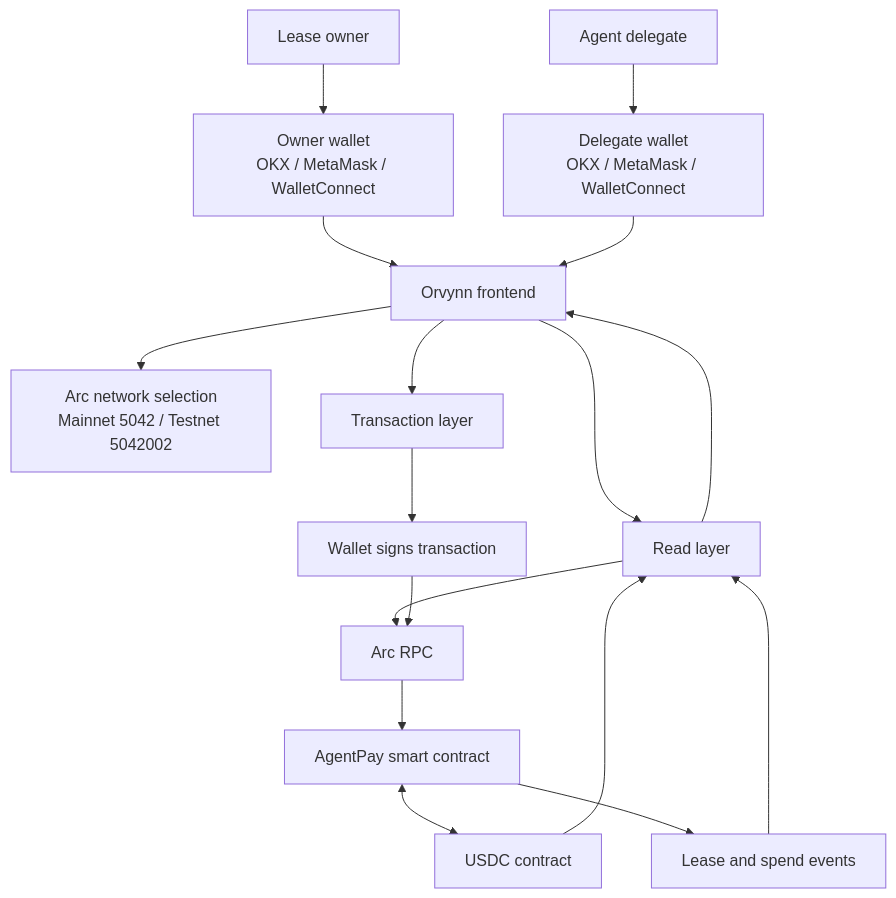
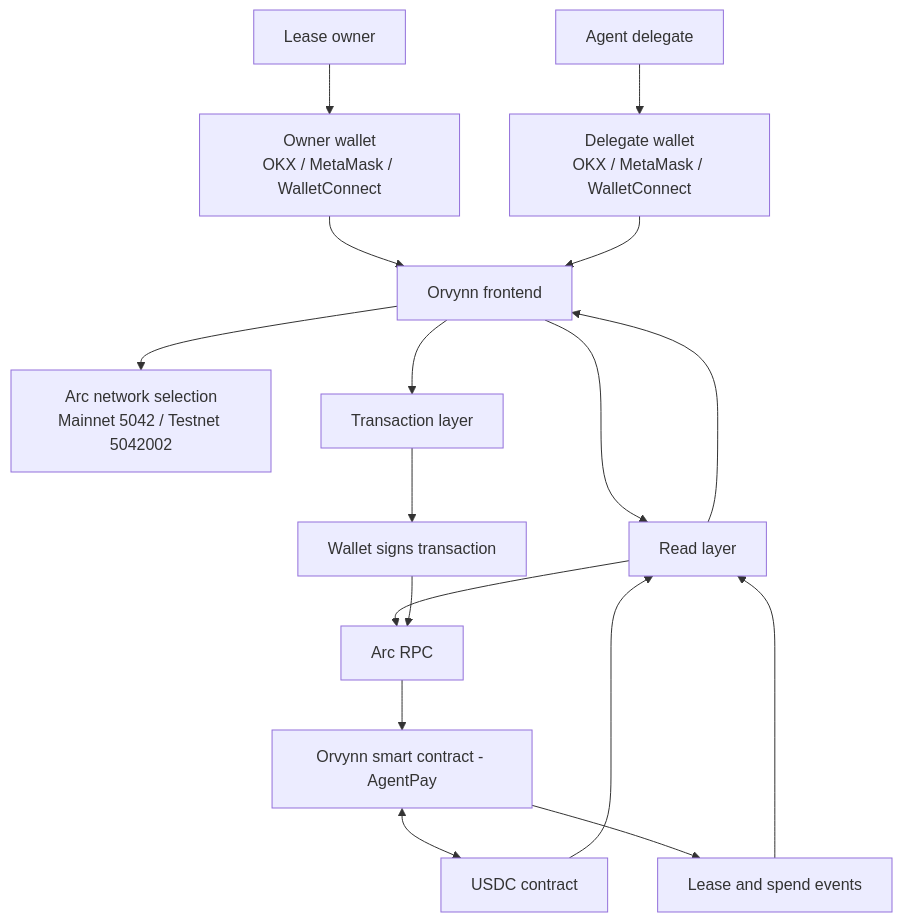
Before and after one commit to thisishaidee/Orvyn: the diagram in docs/architecture.md, drawn with Mermaid. The commit also changed other lines of this file and 15 other files, not shown here.

````diff
--- a/docs/architecture.md
+++ b/docs/architecture.md
@@ -7,19 +7,19 @@
 ```mermaid
 flowchart TD
     OWNER[Lease owner] --> WALLET[Owner wallet<br/>OKX / MetaMask / WalletConnect]
     DELEGATE[Agent delegate] --> WALLET_D[Delegate wallet<br/>OKX / MetaMask / WalletConnect]
     WALLET --> APP[Orvynn frontend]
     WALLET_D --> APP
     APP --> CHAIN[Arc network selection<br/>Mainnet 5042 / Testnet 5042002]
     APP --> READ[Read layer]
     APP --> WRITE[Transaction layer]
     READ --> RPC[Arc RPC]
     WRITE --> SIGN[Wallet signs transaction]
     SIGN --> RPC
-    RPC --> AGENTPAY[AgentPay smart contract]
+    RPC --> AGENTPAY[Orvynn smart contract - AgentPay]
     AGENTPAY <--> USDC[USDC contract]
     AGENTPAY --> EVENTS[Lease and spend events]
     EVENTS --> READ
     USDC --> READ
     READ --> APP
 ```
````
